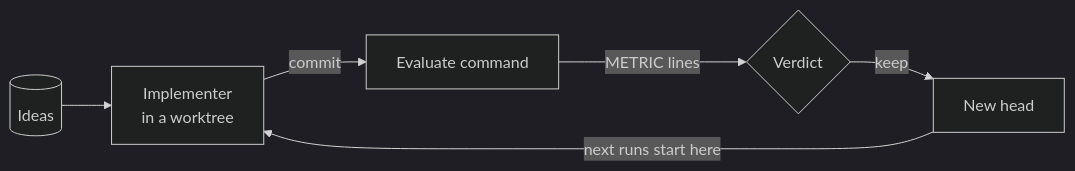
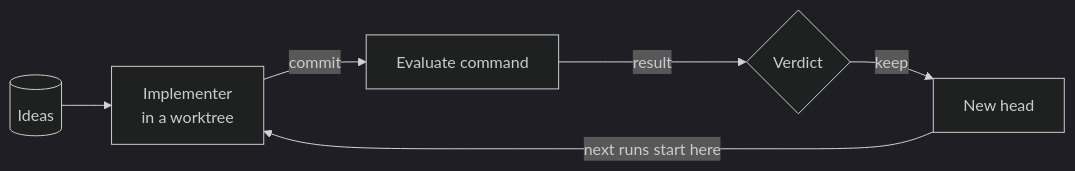
Before and after one commit to VatsaDev/piloop: the diagram in docs/index.mdx, drawn with Mermaid (dark theme). The commit also changed other lines of this file and 50 other files, not shown here.

````diff
--- a/docs/index.mdx
+++ b/docs/index.mdx
@@ -31,8 +31,8 @@
 ```mermaid
 flowchart LR
     B[(Ideas)] --> W[Implementer<br/>in a worktree]
     W -->|commit| E[Evaluate command]
-    E -->|METRIC lines| V{Verdict}
+    E -->|result| V{Verdict}
     V -->|keep| H[New head]
     H -->|next runs start here| W
 ```
````
